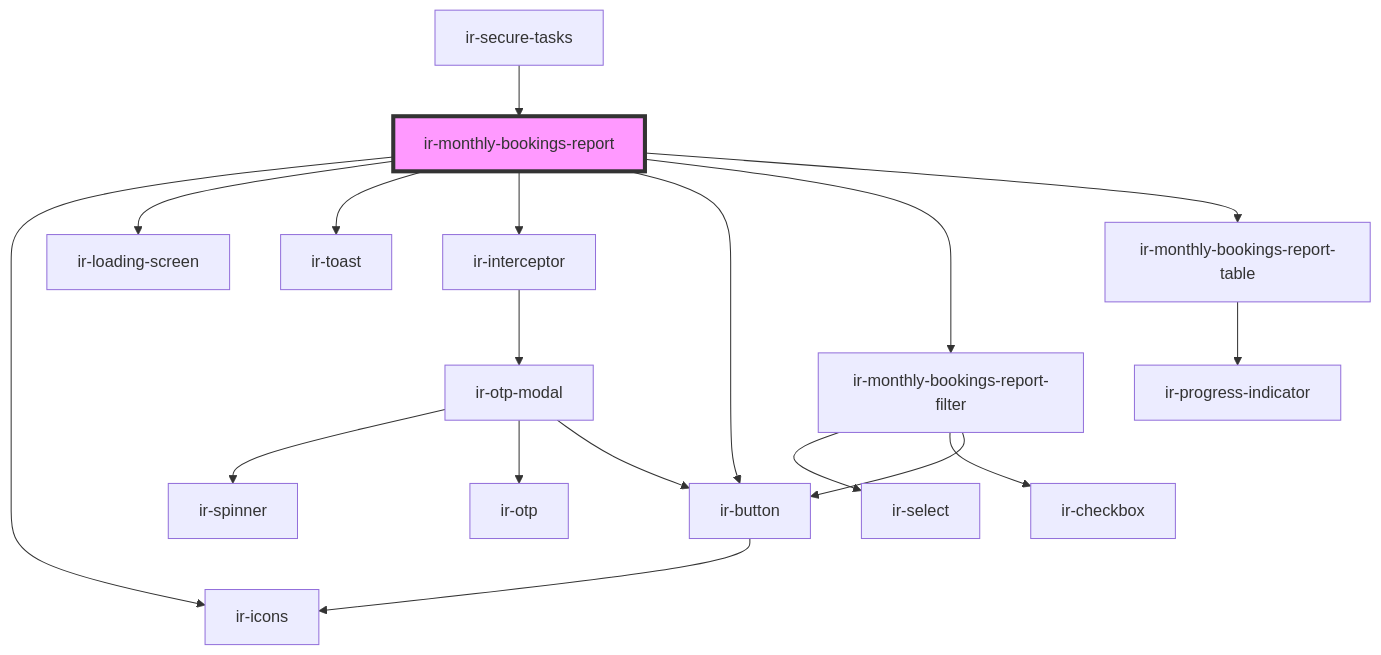
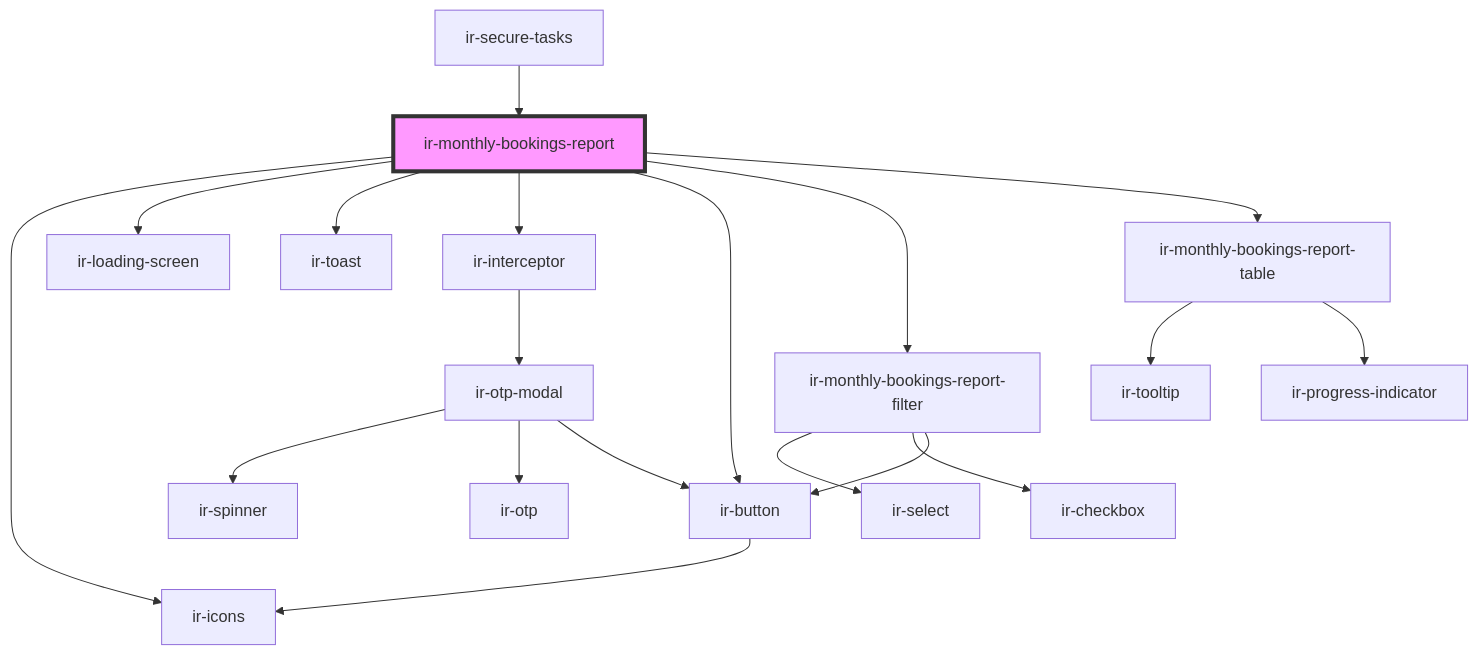
One commit to RonyRizk/ir-webcmp changed the diagram in src/components/ir-monthly-bookings-report/readme.md. Above: the diagram before and after it, drawn with Mermaid. The commit also changed 15 other files, not shown here.

````diff
--- a/src/components/ir-monthly-bookings-report/readme.md
+++ b/src/components/ir-monthly-bookings-report/readme.md
@@ -35,21 +35,22 @@
 ```mermaid
 graph TD;
   ir-monthly-bookings-report --> ir-icons
   ir-monthly-bookings-report --> ir-loading-screen
   ir-monthly-bookings-report --> ir-toast
   ir-monthly-bookings-report --> ir-interceptor
   ir-monthly-bookings-report --> ir-button
   ir-monthly-bookings-report --> ir-monthly-bookings-report-filter
   ir-monthly-bookings-report --> ir-monthly-bookings-report-table
   ir-interceptor --> ir-otp-modal
   ir-otp-modal --> ir-spinner
   ir-otp-modal --> ir-otp
   ir-otp-modal --> ir-button
   ir-button --> ir-icons
   ir-monthly-bookings-report-filter --> ir-select
   ir-monthly-bookings-report-filter --> ir-checkbox
   ir-monthly-bookings-report-filter --> ir-button
+  ir-monthly-bookings-report-table --> ir-tooltip
   ir-monthly-bookings-report-table --> ir-progress-indicator
   ir-secure-tasks --> ir-monthly-bookings-report
   style ir-monthly-bookings-report fill:#f9f,stroke:#333,stroke-width:4px
 ```
````
